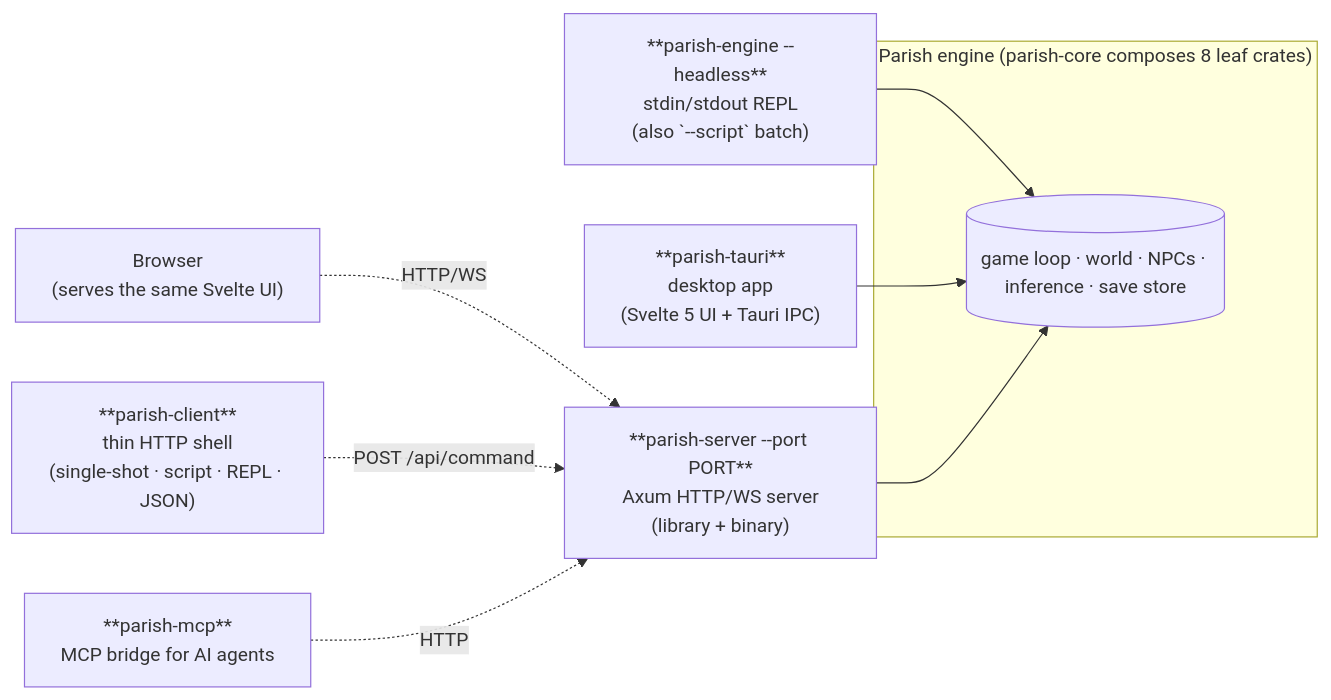
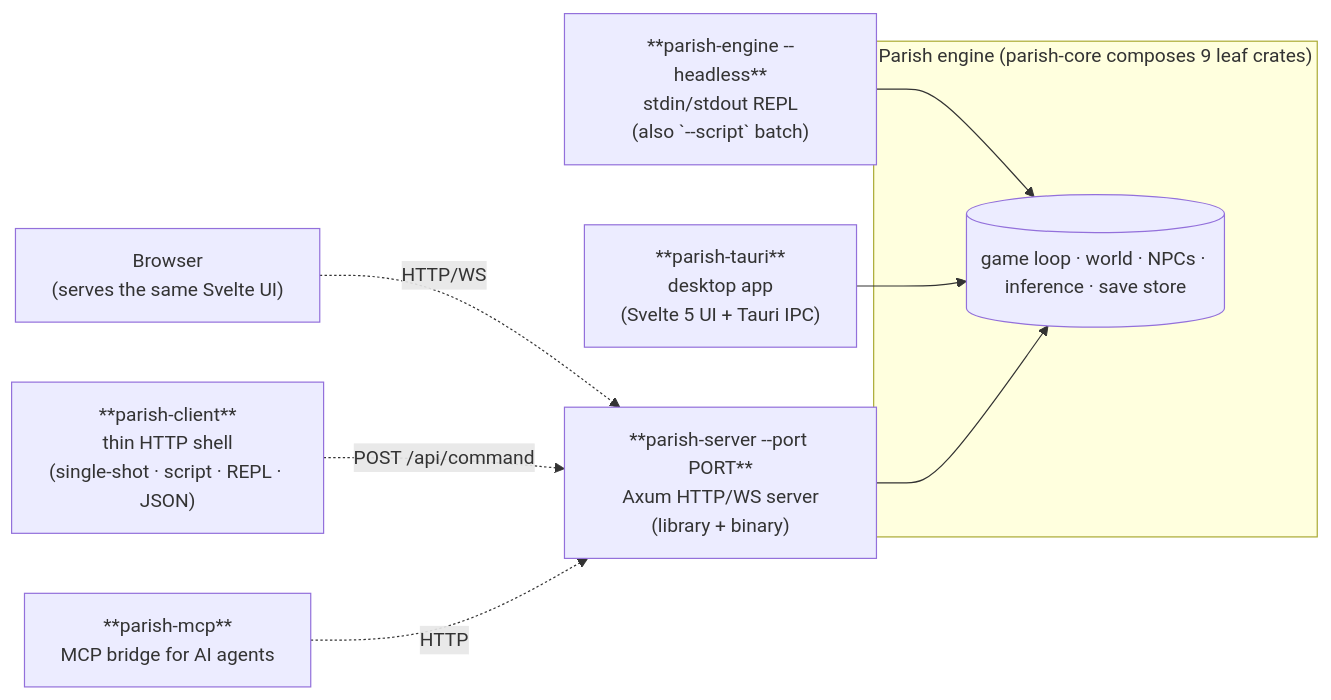
One commit to dmooney/Rundale changed the first of 2 diagrams in README.md. Above: the diagram before and after it, drawn with Mermaid. The commit also changed other lines of this file and 24 other files, not shown here.

First line of the commit message:
refactor(core): extract game_mod into parish-mod crate (#1393)

````diff
--- a/README.md
+++ b/README.md
@@ -22,21 +22,21 @@
 ```mermaid
 flowchart LR
-    subgraph Engine["Parish engine (parish-core composes 8 leaf crates)"]
+    subgraph Engine["Parish engine (parish-core composes 9 leaf crates)"]
         Core[("game loop · world · NPCs · inference · save store")]
     end
 
     Repl["**parish-engine --headless**<br/>stdin/stdout REPL<br/>(also `--script` batch)"]
     Tauri["**parish-tauri**<br/>desktop app<br/>(Svelte 5 UI + Tauri IPC)"]
     Server["**parish-server --port PORT**<br/>Axum HTTP/WS server<br/>(library + binary)"]
 
     Browser["Browser<br/>(serves the same Svelte UI)"]
     Client["**parish-client**<br/>thin HTTP shell<br/>(single-shot · script · REPL · JSON)"]
     MCP["**parish-mcp**<br/>MCP bridge for AI agents"]
 
     Repl --> Core
     Tauri --> Core
     Server --> Core
     Browser -. HTTP/WS .-> Server
     Client -. POST /api/command .-> Server
     MCP -. HTTP .-> Server
 ```
````
